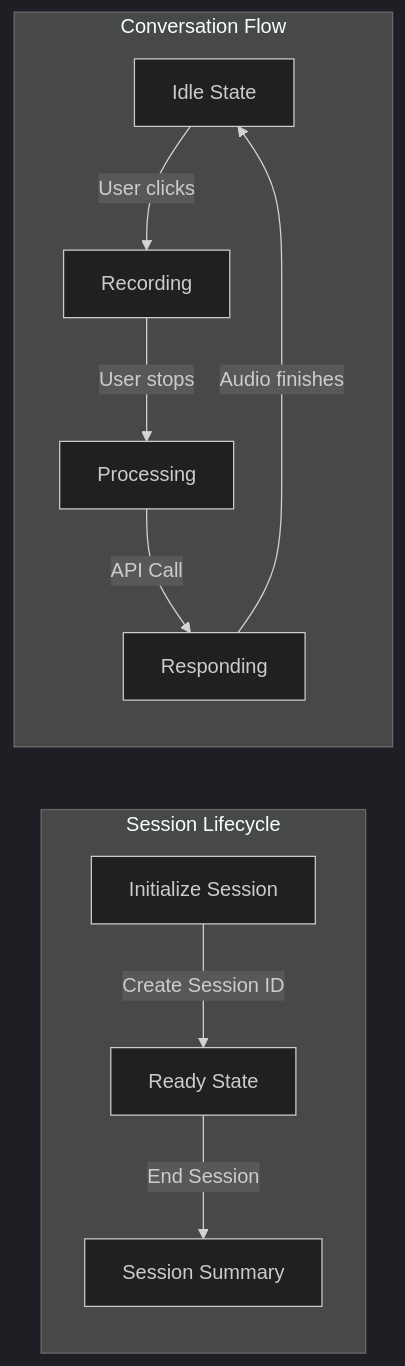
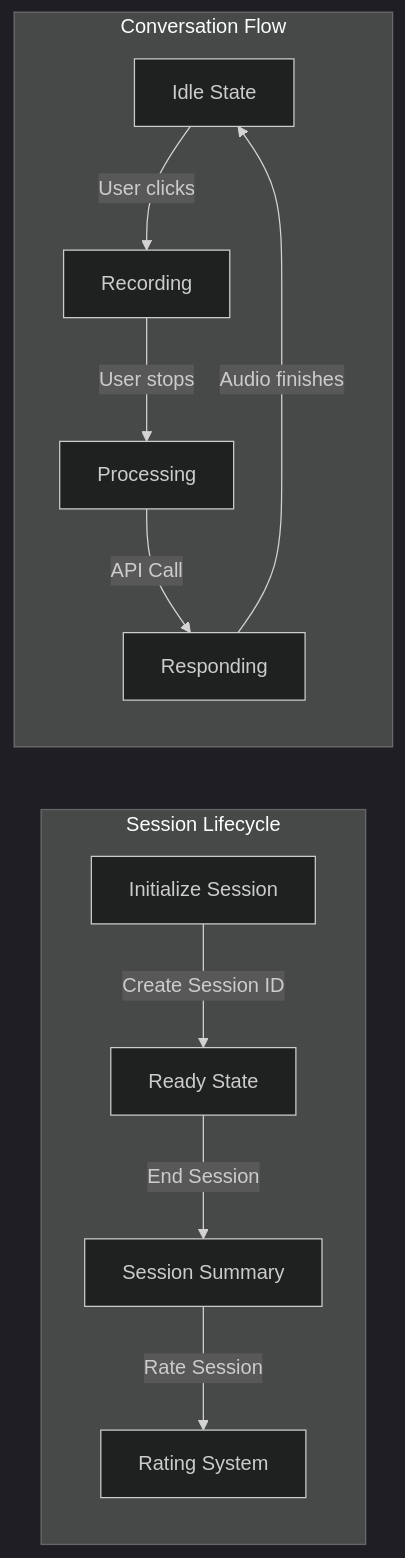
Before and after one commit to beerbear4369/design-to-reality-94: the fifth of 8 diagrams in memory-bank/systemPatterns.md, drawn with Mermaid (dark theme). The commit also changed other lines of this file and 11 other files, not shown here.

````diff
--- a/memory-bank/systemPatterns.md
+++ b/memory-bank/systemPatterns.md
@@ -168,14 +213,15 @@
 ```mermaid
 flowchart LR
     subgraph Session Lifecycle
         INIT[Initialize Session] -->|Create Session ID| READY[Ready State]
         READY -->|End Session| SUMMARY[Session Summary]
+        SUMMARY -->|Rate Session| RATING[Rating System]
     end
     
     subgraph Conversation Flow
         IDLE[Idle State] -->|User clicks| REC[Recording]
         REC -->|User stops| PROC[Processing]
         PROC -->|API Call| RESP[Responding]
         RESP -->|Audio finishes| IDLE
     end
 ```
````
